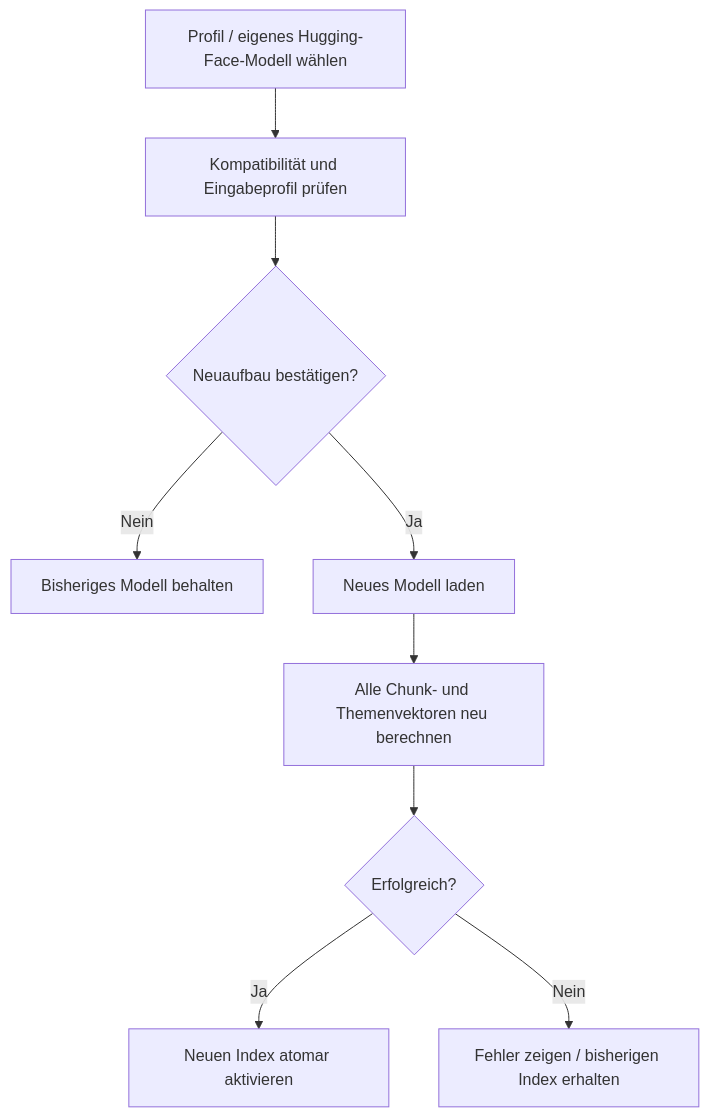
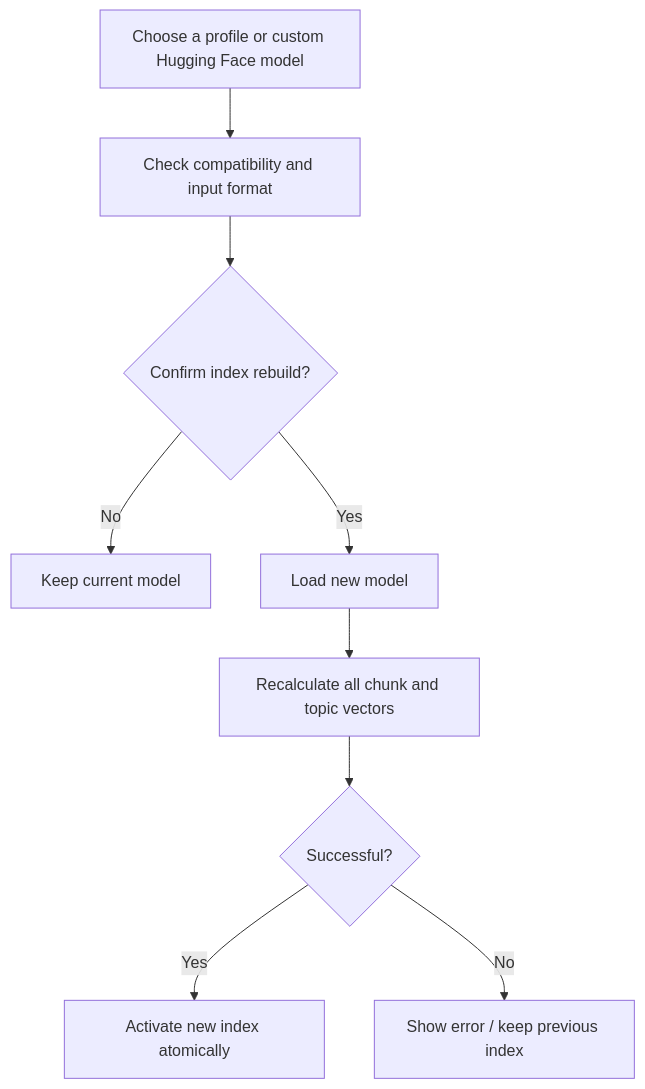
Before and after one commit to Cuzimnero/zitatlotse: the fifth of 5 diagrams in docs/WORKFLOWS.md, drawn with Mermaid. The commit also changed other lines of this file and 17 other files, not shown here.

````diff
--- a/docs/WORKFLOWS.md
+++ b/docs/WORKFLOWS.md
@@ -137,11 +137,11 @@
 ```mermaid
 flowchart TD
-    A[Profil / eigenes Hugging-Face-Modell wählen] --> B[Kompatibilität und Eingabeprofil prüfen]
-    B --> C{Neuaufbau bestätigen?}
-    C -->|Nein| D[Bisheriges Modell behalten]
-    C -->|Ja| E[Neues Modell laden]
-    E --> F[Alle Chunk- und Themenvektoren neu berechnen]
-    F --> G{Erfolgreich?}
-    G -->|Ja| H[Neuen Index atomar aktivieren]
-    G -->|Nein| I[Fehler zeigen / bisherigen Index erhalten]
+    A[Choose a profile or custom Hugging Face model] --> B[Check compatibility and input format]
+    B --> C{Confirm index rebuild?}
+    C -->|No| D[Keep current model]
+    C -->|Yes| E[Load new model]
+    E --> F[Recalculate all chunk and topic vectors]
+    F --> G{Successful?}
+    G -->|Yes| H[Activate new index atomically]
+    G -->|No| I[Show error / keep previous index]
 ```
````
